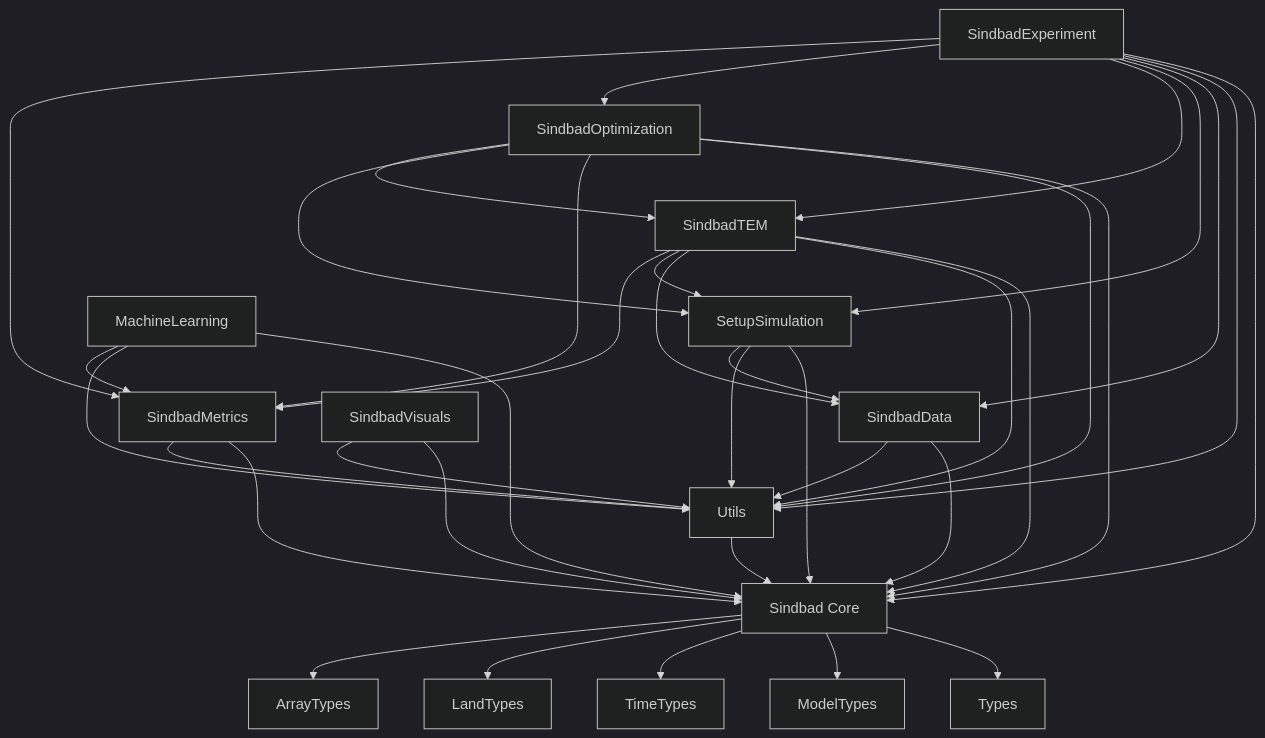
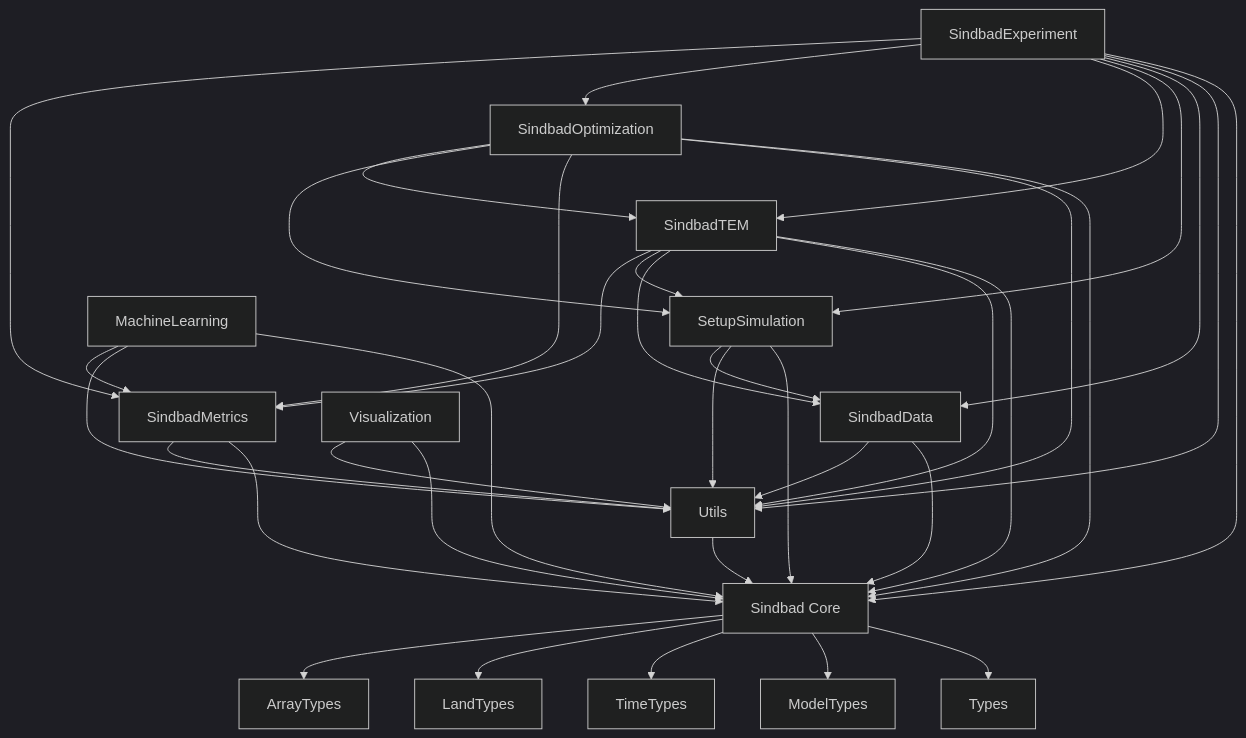
Before and after one commit to EarthyScience/SINDBAD: the diagram in docs/src/pages/code/overview.md, drawn with Mermaid (dark theme). The commit also changed 10 other files, not shown here.

Commit message:
Sindbad visualization

````diff
--- a/docs/src/pages/code/overview.md
+++ b/docs/src/pages/code/overview.md
@@ -71,50 +71,50 @@
 ```mermaid
 graph TD
     %% Main Sindbad package
     Sindbad[Sindbad Core] --> Types[Types]
     
     %% Core dependencies
     Sindbad --> ModelTypes[ModelTypes]
     Sindbad --> TimeTypes[TimeTypes]
     Sindbad --> LandTypes[LandTypes]
     Sindbad --> ArrayTypes[ArrayTypes]
     
     %% Lib packages
     Utils[Utils] --> Sindbad
     SindbadData[SindbadData] --> Sindbad
     SindbadData --> Utils
     
     SetupSimulation[SetupSimulation] --> Sindbad
     SetupSimulation --> Utils
     SetupSimulation --> SindbadData
     
     SindbadMetrics[SindbadMetrics] --> Sindbad
     SindbadMetrics --> Utils
     
     SindbadTEM[SindbadTEM] --> Sindbad
     SindbadTEM --> Utils
     SindbadTEM --> SindbadData
     SindbadTEM --> SetupSimulation
     SindbadTEM --> SindbadMetrics
     
     SindbadOptimization[SindbadOptimization] --> Sindbad
     SindbadOptimization --> Utils
     SindbadOptimization --> SindbadMetrics
     SindbadOptimization --> SetupSimulation
     SindbadOptimization --> SindbadTEM
     
     MachineLearning[MachineLearning] --> Sindbad
     MachineLearning --> Utils
     MachineLearning --> SindbadMetrics
     
-    SindbadVisuals[SindbadVisuals] --> Sindbad
-    SindbadVisuals --> Utils
+    Visualization[Visualization] --> Sindbad
+    Visualization --> Utils
     
     SindbadExperiment[SindbadExperiment] --> Sindbad
     SindbadExperiment --> Utils
     SindbadExperiment --> SindbadData
     SindbadExperiment --> SetupSimulation
     SindbadExperiment --> SindbadTEM
     SindbadExperiment --> SindbadOptimization
     SindbadExperiment --> SindbadMetrics    
 ```
````
